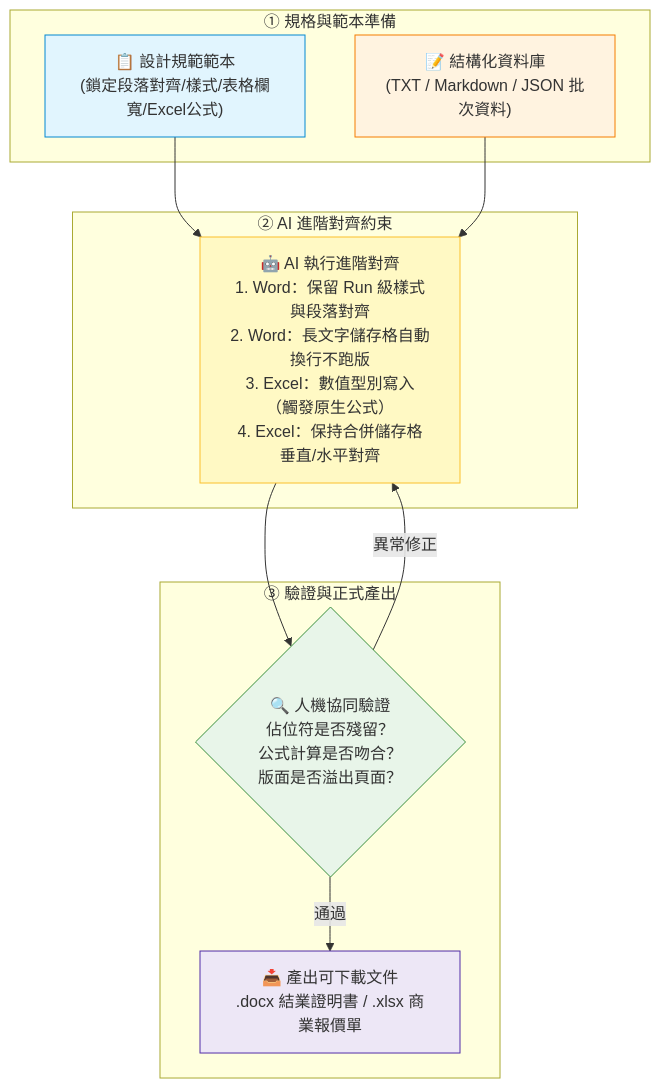
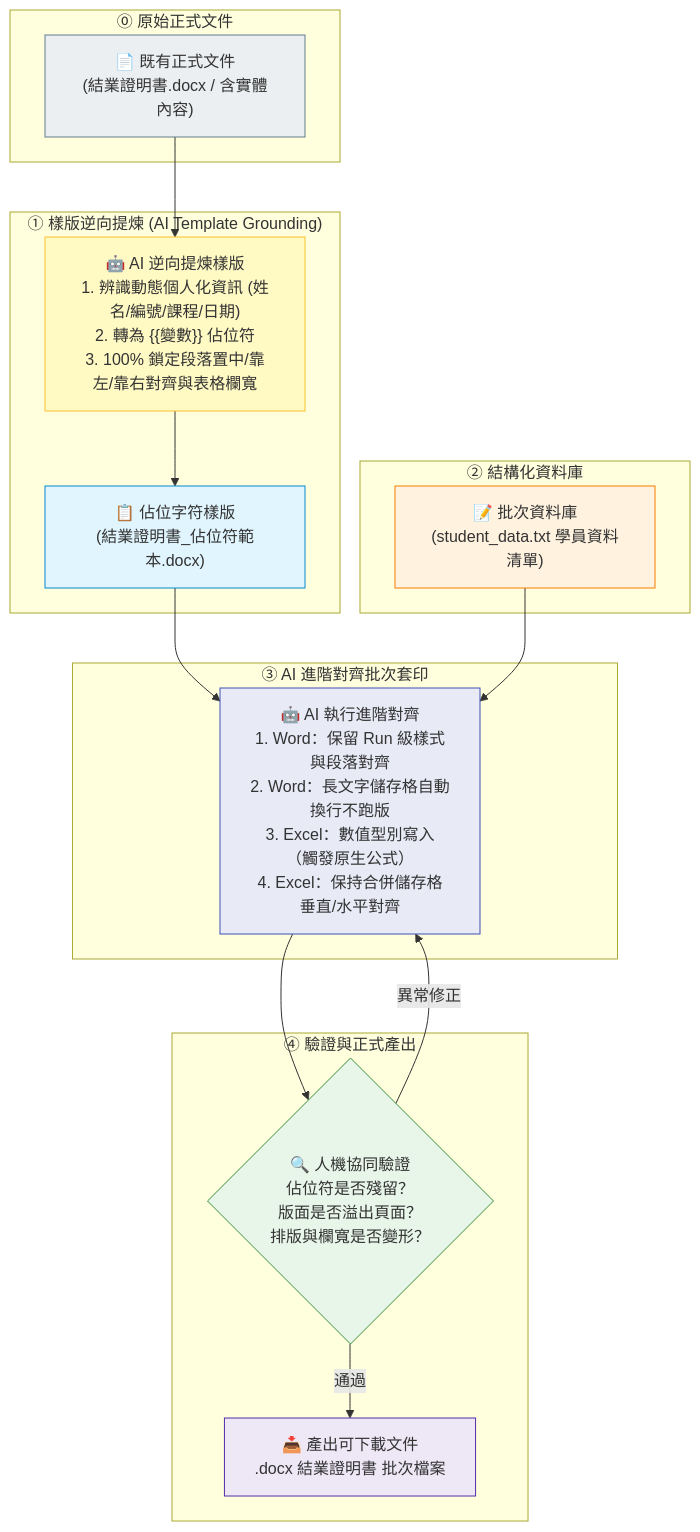
The first of 2 diagrams in 常見的AI應用/office辦公室應用進階的對齊/README.md (roberthsu2003/workflow-productivity), drawn with Mermaid before and after one commit. The commit also changed other lines of this file and 3 other files, not shown here.

Commit message:
feat: add graduation certificate templates and update associated README and student data files

````diff
--- a/常見的AI應用/office辦公室應用進階的對齊/README.md
+++ b/常見的AI應用/office辦公室應用進階的對齊/README.md
@@ -16,28 +16,40 @@
 ```mermaid
 flowchart TD
-    subgraph 準備階段["① 規格與範本準備"]
-        T["📋 設計規範範本\n(鎖定段落對齊/樣式/表格欄寬/Excel公式)"]
-        D["📝 結構化資料庫\n(TXT / Markdown / JSON 批次資料)"]
+    subgraph 原始素材["⓪ 原始正式文件"]
+        R["📄 既有正式文件\n(結業證明書.docx / 含實體內容)"]
     end
 
-    subgraph 對齊核心["② AI 進階對齊約束"]
+    subgraph 樣版生成["① 樣版逆向提煉 (AI Template Grounding)"]
+        EX["🤖 AI 逆向提煉樣版\n1. 辨識動態個人化資訊 (姓名/編號/課程/日期)\n2. 轉為 {{變數}} 佔位符\n3. 100% 鎖定段落置中/靠左/靠右對齊與表格欄寬"]
+        T["📋 佔位字符樣版\n(結業證明書_佔位符範本.docx)"]
+    end
+
+    subgraph 準備階段["② 結構化資料庫"]
+        D["📝 批次資料庫\n(student_data.txt 學員資料清單)"]
+    end
+
+    subgraph 對齊核心["③ AI 進階對齊批次套印"]
         P["🤖 AI 執行進階對齊\n1. Word：保留 Run 級樣式與段落對齊\n2. Word：長文字儲存格自動換行不跑版\n3. Excel：數值型別寫入（觸發原生公式）\n4. Excel：保持合併儲存格垂直/水平對齊"]
     end
 
-    subgraph 交付階段["③ 驗證與正式產出"]
-        V{"🔍 人機協同驗證\n佔位符是否殘留？\n公式計算是否吻合？\n版面是否溢出頁面？"}
-        O["📥 產出可下載文件\n.docx 結業證明書 / .xlsx 商業報價單"]
+    subgraph 交付階段["④ 驗證與正式產出"]
+        V{"🔍 人機協同驗證\n佔位符是否殘留？\n版面是否溢出頁面？\n排版與欄寬是否變形？"}
+        O["📥 產出可下載文件\n.docx 結業證明書 批次檔案"]
     end
 
+    R --> EX
+    EX --> T
     T --> P
     D --> P
     P --> V
     V -- 通過 --> O
     V -- 異常修正 --> P
 
+    style R fill:#ECEFF1,stroke:#607D8B
+    style EX fill:#FFF9C4,stroke:#FBC02D
     style T fill:#E1F5FE,stroke:#0288D1
     style D fill:#FFF3E0,stroke:#F57C00
-    style P fill:#FFF9C4,stroke:#FBC02D
+    style P fill:#E8EAF6,stroke:#3F51B5
     style V fill:#E8F5E9,stroke:#388E3C
     style O fill:#EDE7F6,stroke:#512DA8
 ```
````
